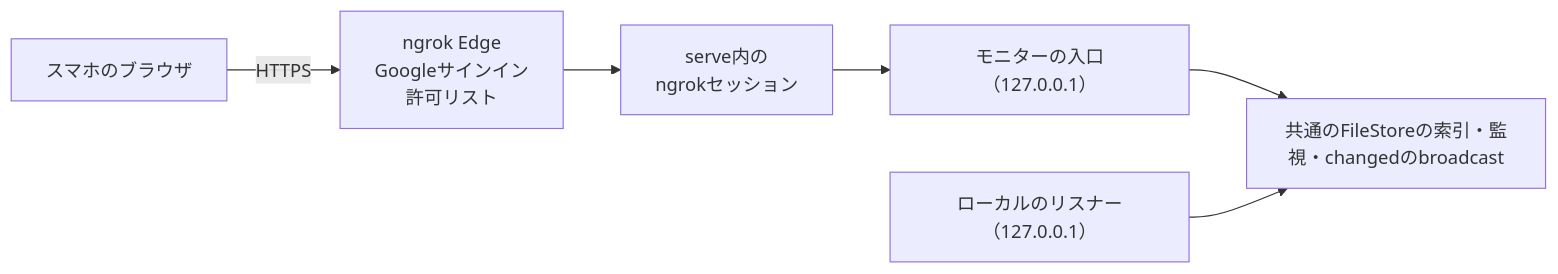
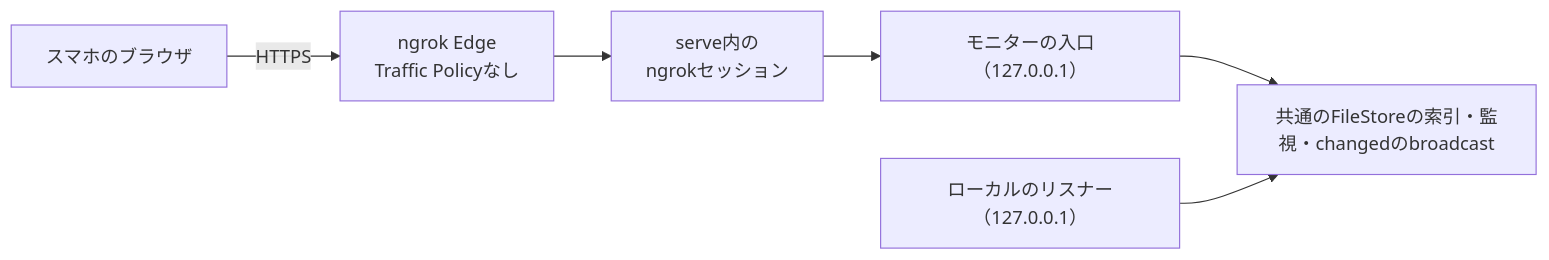
Before and after one commit to FooQoo/agent-board: the diagram in docs/ja/dev/concepts/remote-access.md, drawn with Mermaid. The commit also changed other lines of this file and 80 other files, not shown here.

````diff
--- a/docs/ja/dev/concepts/remote-access.md
+++ b/docs/ja/dev/concepts/remote-access.md
@@ -7,8 +7,8 @@
 ```mermaid
 flowchart LR
-    Phone["スマホのブラウザ"] -->|HTTPS| Edge["ngrok Edge<br/>Googleサインイン<br/>許可リスト"]
+    Phone["スマホのブラウザ"] -->|HTTPS| Edge["ngrok Edge<br/>Traffic Policyなし"]
     Edge --> Tunnel["serve内の<br/>ngrokセッション"]
     Tunnel --> Entry["モニターの入口（127.0.0.1）"]
     Entry --> Shared["共通のFileStoreの索引・監視・changedのbroadcast"]
     LL["ローカルのリスナー（127.0.0.1）"] --> Shared
 ```
````
